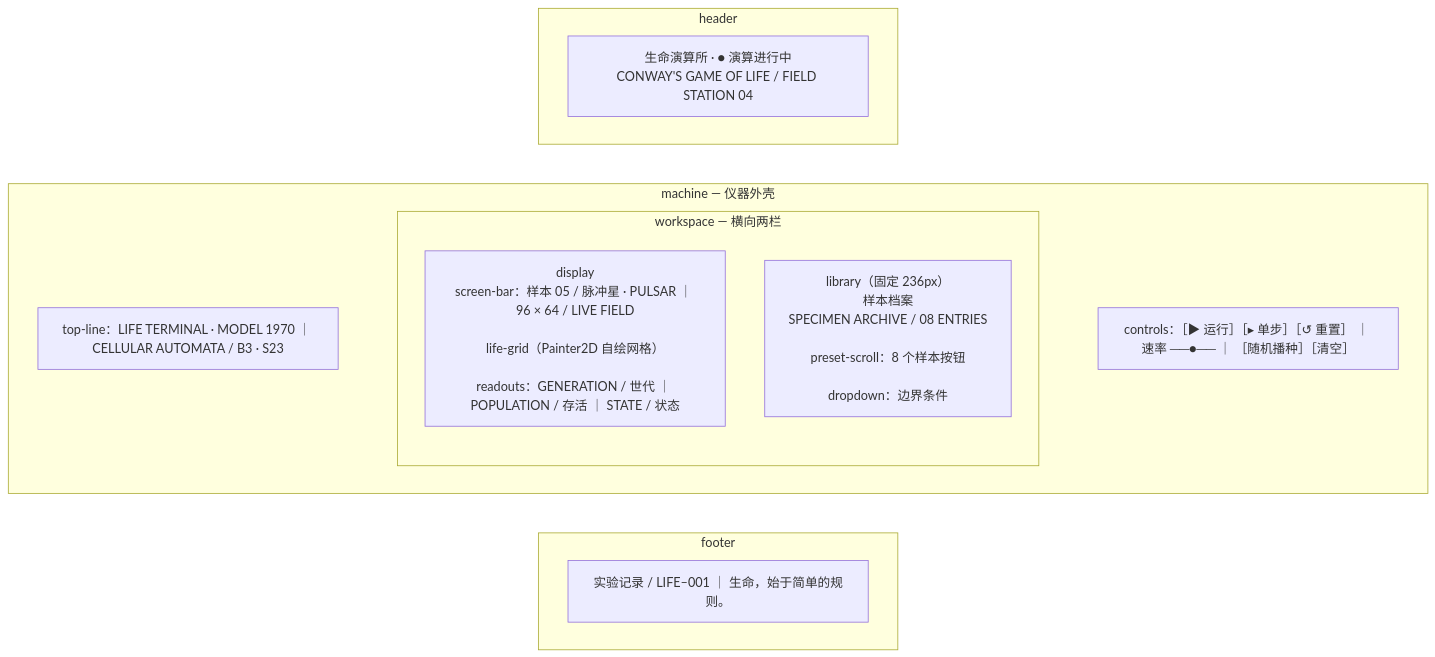
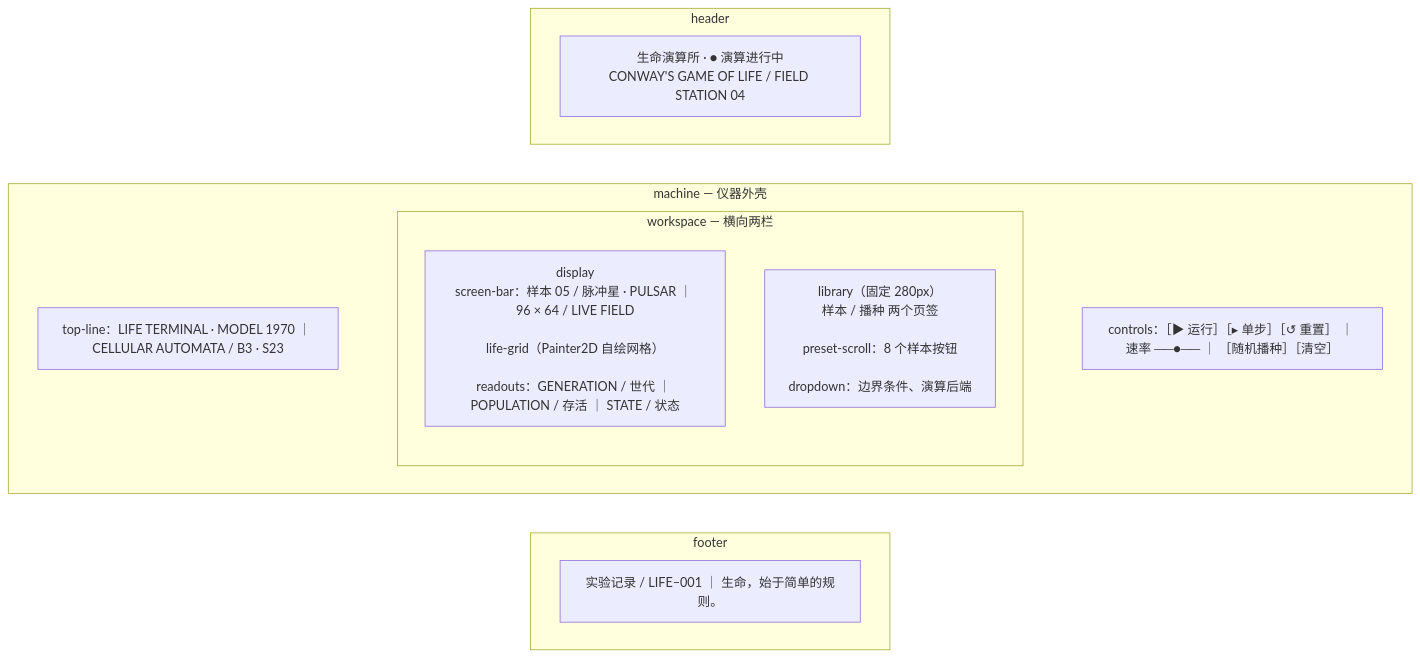
The third of 3 diagrams in Assets/Docs/Implementation.md (LChromium/ConwayGameOfLife), drawn with Mermaid before and after one commit. The commit also changed other lines of this file and 9 other files, not shown here.

First line of the commit message:
阶段 B 收尾（四）：播种面板用满宽度、文字不再被裁切、重拍两张界面图

````diff
--- a/Assets/Docs/Implementation.md
+++ b/Assets/Docs/Implementation.md
@@ -204,23 +204,23 @@
 ```mermaid
 %%{init: {"flowchart": {"wrappingWidth": 320}}}%%
 flowchart TB
     subgraph HEADER["header"]
         H1["生命演算所 · ● 演算进行中<br/>CONWAY'S GAME OF LIFE / FIELD STATION 04"]
     end
 
     subgraph MACHINE["machine — 仪器外壳"]
         SB["top-line：LIFE TERMINAL · MODEL 1970 ｜ CELLULAR AUTOMATA / B3 · S23"]
         subgraph WORKSPACE["workspace — 横向两栏"]
             DISP["display<br/>screen-bar：样本 05 / 脉冲星 · PULSAR ｜ 96 × 64 / LIVE FIELD<br/><br/>life-grid（Painter2D 自绘网格）<br/><br/>readouts：GENERATION / 世代 ｜ POPULATION / 存活 ｜ STATE / 状态"]
-            LIB["library（固定 236px）<br/>样本档案<br/>SPECIMEN ARCHIVE / 08 ENTRIES<br/><br/>preset-scroll：8 个样本按钮<br/><br/>dropdown：边界条件"]
+            LIB["library（固定 280px）<br/>样本 / 播种 两个页签<br/><br/>preset-scroll：8 个样本按钮<br/><br/>dropdown：边界条件、演算后端"]
         end
         CTL["controls：［▶ 运行］［▸ 单步］［↺ 重置］ ｜ 速率 ──●── ｜ ［随机播种］［清空］"]
     end
 
     subgraph FOOTER["footer"]
         F1["实验记录 / LIFE–001 ｜ 生命，始于简单的规则。"]
     end
 
     HEADER ~~~ MACHINE ~~~ FOOTER
     SB ~~~ WORKSPACE ~~~ CTL
 ```
````
